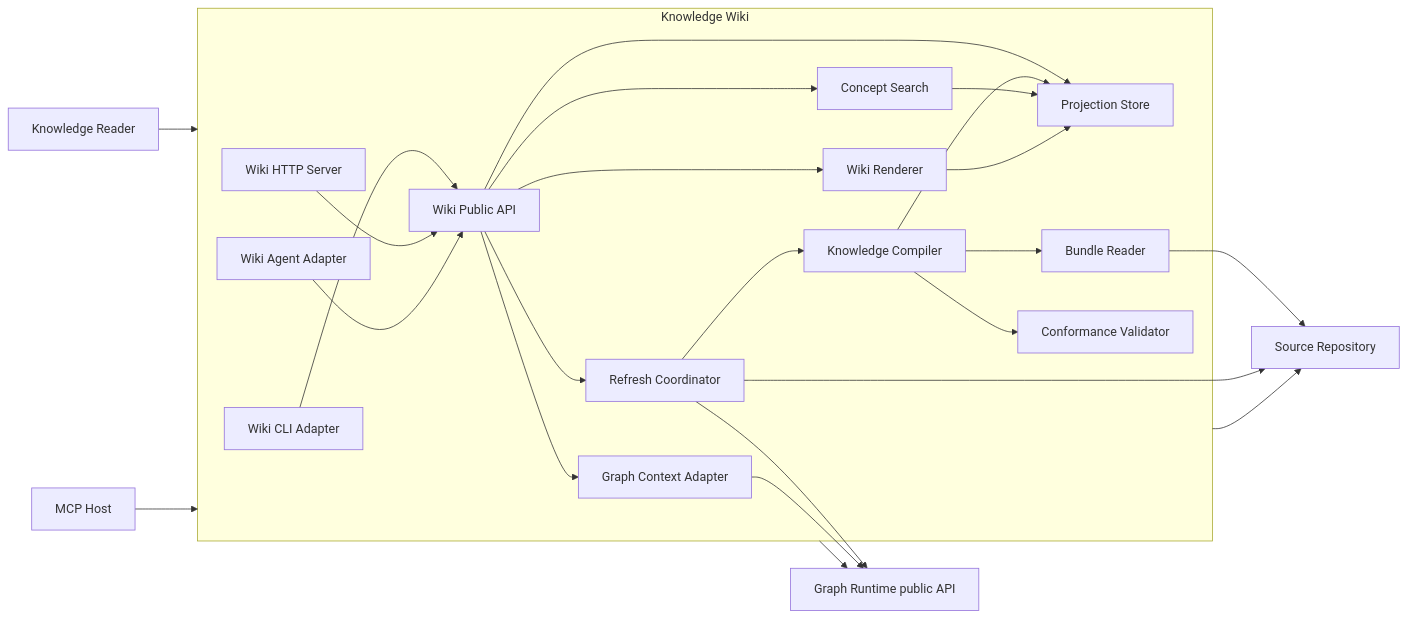
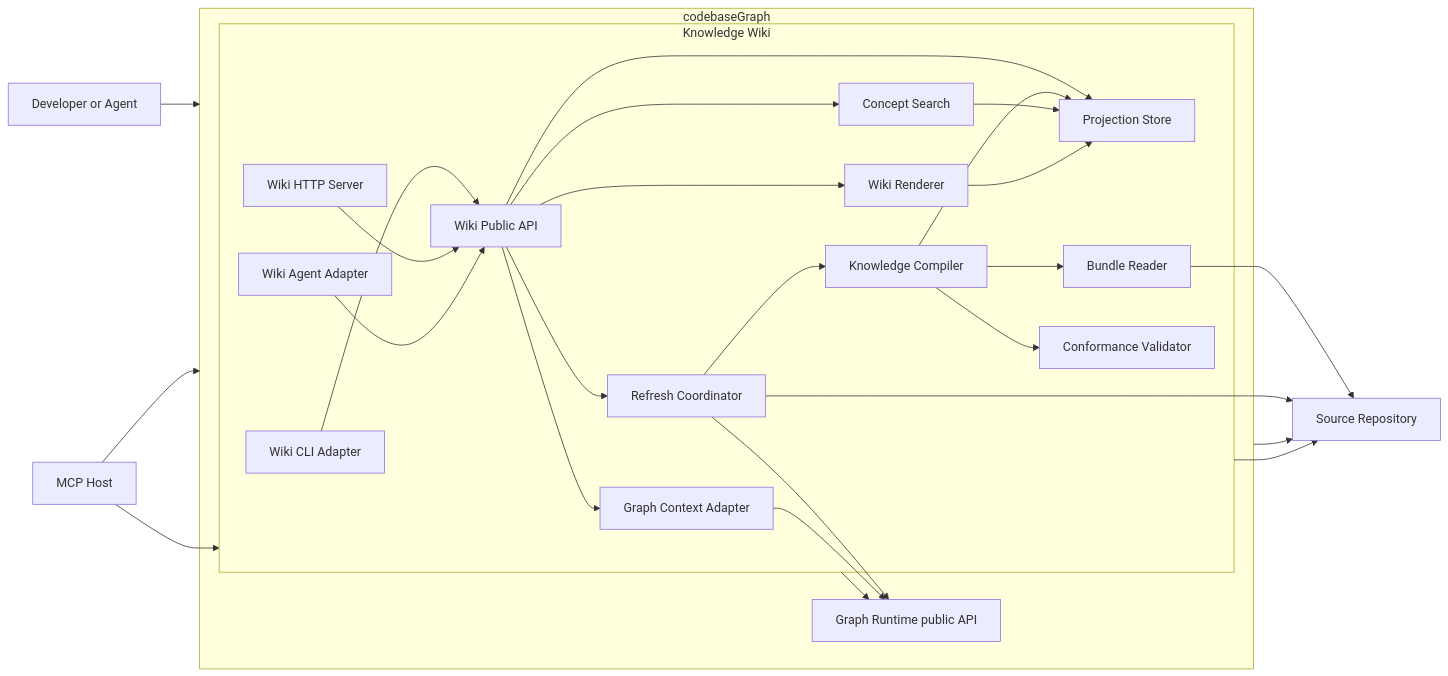
The diagram in .omx/plans/okf-wiki-full-implementation.md (rabii-chaarani/codebaseGraph), drawn with Mermaid before and after one commit. The commit also changed other lines of this file, not shown here.

Commit message:
docs(okf): restore the original system actor
Keep Developer or Agent as the sole person in the wiki architecture and make the existing person-to-system relationship explicit across the Scryer plan and implementation document.

Constraint: Persons connect to the software system at the system-context level.
Rejected: Retain a separate Knowledge Reader persona | the approved actor model uses Developer or Agent only
Confidence: high
Scope-risk: narrow
Reversibility: clean
Tested: Scryer structural validation; pending-plan inspection; markdown diff check
Not-tested: Production code, because this change only corrects the implementation plan

````diff
--- a/.omx/plans/okf-wiki-full-implementation.md
+++ b/.omx/plans/okf-wiki-full-implementation.md
@@ -98,29 +98,35 @@
 ```mermaid
 flowchart LR
-    R["Knowledge Reader"] --> W["Knowledge Wiki"]
-    H["MCP Host"] --> W
-    W --> S["Source Repository"]
-    W --> G["Graph Runtime public API"]
+    D["Developer or Agent"] --> SYS
+    H["MCP Host"] --> SYS
+    SYS --> S["Source Repository"]
 
-    subgraph W["Knowledge Wiki"]
-      CLI["Wiki CLI Adapter"] --> API["Wiki Public API"]
-      HTTP["Wiki HTTP Server"] --> API
-      MCP["Wiki Agent Adapter"] --> API
-      API --> REF["Refresh Coordinator"]
-      API --> STORE["Projection Store"]
-      API --> SEARCH["Concept Search"]
-      API --> CTX["Graph Context Adapter"]
-      API --> RENDER["Wiki Renderer"]
-      REF --> COMP["Knowledge Compiler"]
-      COMP --> READ["Bundle Reader"]
-      COMP --> VALID["Conformance Validator"]
-      COMP --> STORE
-      SEARCH --> STORE
-      RENDER --> STORE
+    subgraph SYS["codebaseGraph"]
+      G["Graph Runtime public API"]
+
+      subgraph W["Knowledge Wiki"]
+        CLI["Wiki CLI Adapter"] --> API["Wiki Public API"]
+        HTTP["Wiki HTTP Server"] --> API
+        MCP["Wiki Agent Adapter"] --> API
+        API --> REF["Refresh Coordinator"]
+        API --> STORE["Projection Store"]
+        API --> SEARCH["Concept Search"]
+        API --> CTX["Graph Context Adapter"]
+        API --> RENDER["Wiki Renderer"]
+        REF --> COMP["Knowledge Compiler"]
+        COMP --> READ["Bundle Reader"]
+        COMP --> VALID["Conformance Validator"]
+        COMP --> STORE
+        SEARCH --> STORE
+        RENDER --> STORE
+      end
     end
 
+    H --> W
+    W --> S
+    W --> G
     READ --> S
     REF --> S
     REF --> G
     CTX --> G
 ```
````
